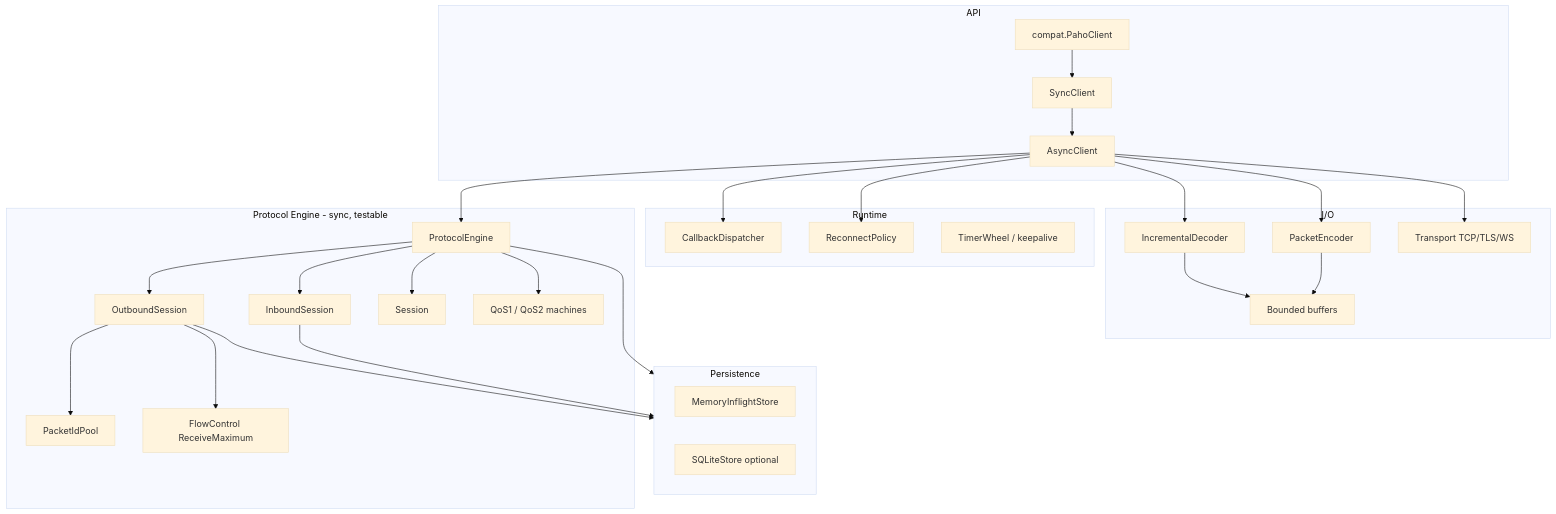
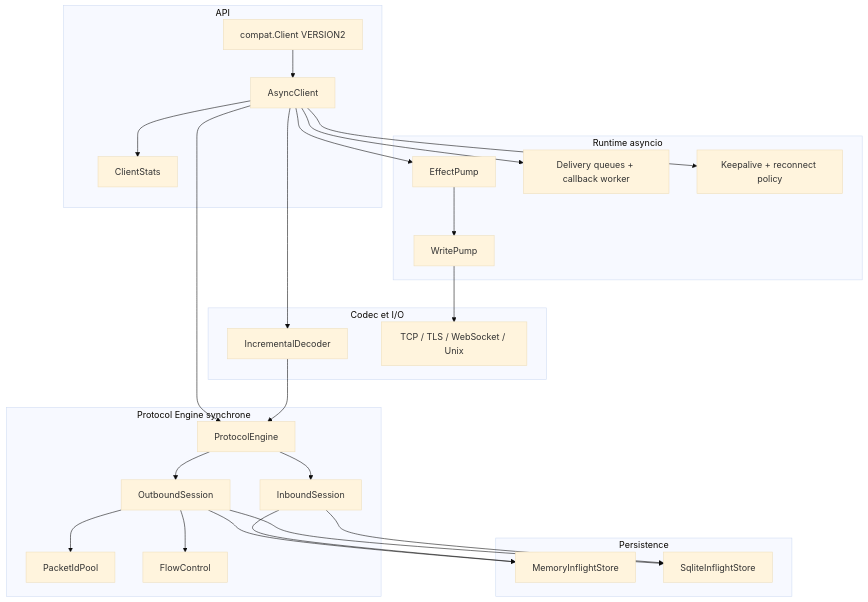
Before and after one commit to yoch/mqttium: the diagram in docs/DESIGN.md, drawn with Mermaid (base theme). The commit also changed other lines of this file and 8 other files, not shown here.

````diff
--- a/docs/DESIGN.md
+++ b/docs/DESIGN.md
@@ -22,56 +21,52 @@
 ```mermaid
 flowchart TB
   subgraph api [API]
     AC[AsyncClient]
-    SC[SyncClient]
-    PC[compat.PahoClient]
+    CS[ClientStats]
+    PC[compat.Client VERSION2]
   end
 
-  subgraph runtime [Runtime]
-    CD[CallbackDispatcher]
-    RP[ReconnectPolicy]
-    TM[TimerWheel / keepalive]
+  subgraph runtime [Runtime asyncio]
+    EP[EffectPump]
+    WP[WritePump]
+    DL[Delivery queues + callback worker]
+    KA[Keepalive + reconnect policy]
   end
 
-  subgraph engine [Protocol Engine - sync, testable]
+  subgraph engine [Protocol Engine synchrone]
     PE[ProtocolEngine]
     OUT[OutboundSession]
     IN[InboundSession]
-    SES[Session]
-    QOS[QoS1 / QoS2 machines]
     PID[PacketIdPool]
-    FC[FlowControl ReceiveMaximum]
+    FC[FlowControl]
   end
 
-  subgraph io [I/O]
+  subgraph io [Codec et I/O]
     DEC[IncrementalDecoder]
-    ENC[PacketEncoder]
-    TR[Transport TCP/TLS/WS]
-    BUF[Bounded buffers]
+    TR[TCP / TLS / WebSocket / Unix]
   end
 
   subgraph store [Persistence]
     MEM[MemoryInflightStore]
-    SQL[SQLiteStore optional]
+    SQL[SqliteInflightStore]
   end
 
+  PC --> AC
   AC --> PE
-  SC --> AC
-  PC --> SC
-  AC --> CD
-  AC --> RP
+  AC --> EP
+  EP --> WP
+  AC --> DL
+  AC --> KA
+  AC --> DEC
+  WP --> TR
+  DEC --> PE
   PE --> OUT
   PE --> IN
-  PE --> SES
-  PE --> QOS
   OUT --> PID
   OUT --> FC
-  OUT --> store
-  IN --> store
-  PE --> store
-  AC --> DEC
-  AC --> ENC
-  AC --> TR
-  DEC --> BUF
-  ENC --> BUF
+  OUT --> MEM
+  OUT --> SQL
+  IN --> MEM
+  IN --> SQL
+  AC --> CS
 ```
````
